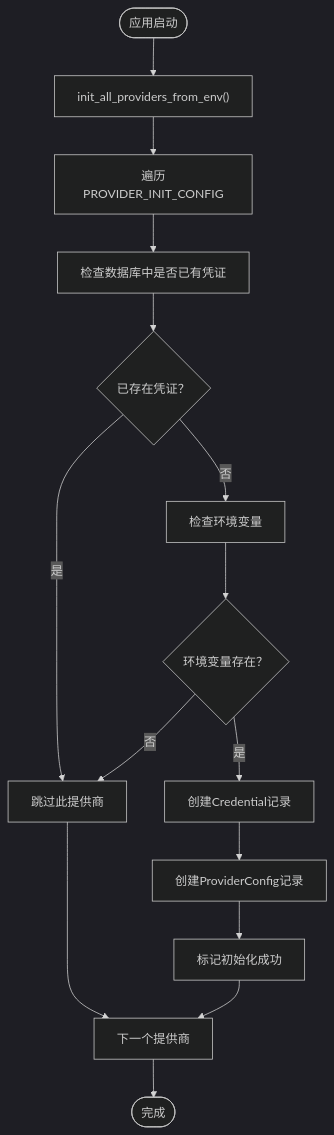
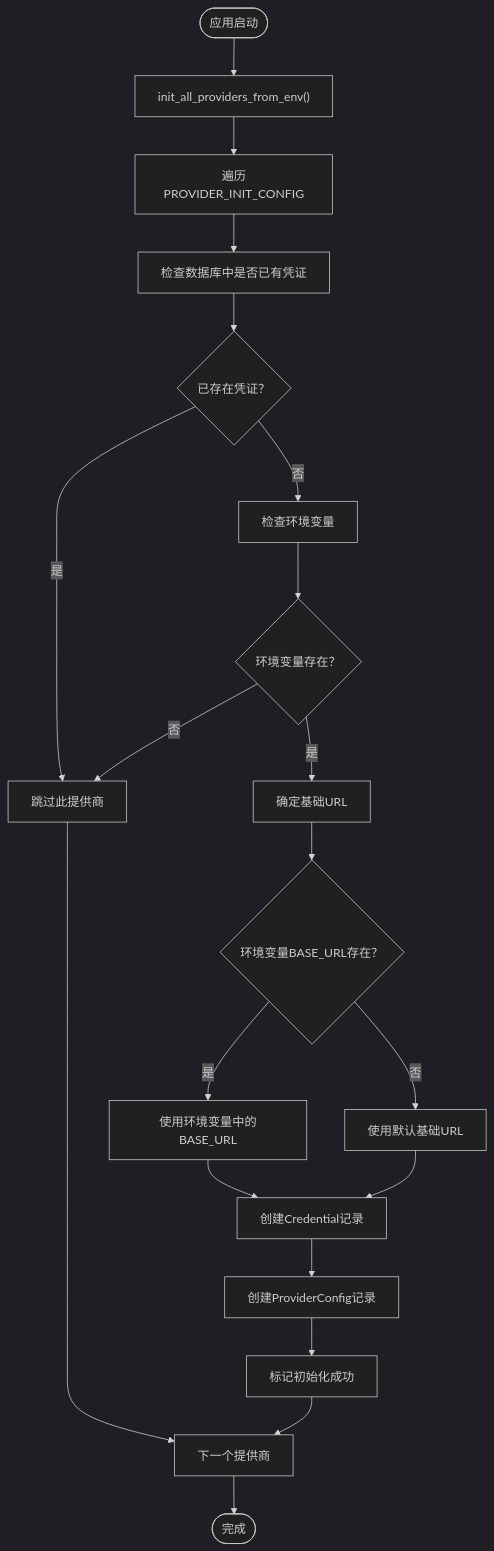
One commit to jackeyunjie/open-notebook changed the fourth of 8 diagrams in .qoder/repowiki/zh/content/配置管理/AI提供商配置/AI提供商配置.md. Above: the diagram before and after it, drawn with Mermaid (dark theme). The commit also changed other lines of this file and 89 other files, not shown here.

````diff
--- a/.qoder/repowiki/zh/content/配置管理/AI提供商配置/AI提供商配置.md
+++ b/.qoder/repowiki/zh/content/配置管理/AI提供商配置/AI提供商配置.md
@@ -223,17 +223,22 @@
 ```mermaid
 flowchart TD
 Start(["应用启动"]) --> InitEnv["init_all_providers_from_env()"]
 InitEnv --> ForEach["遍历PROVIDER_INIT_CONFIG"]
 ForEach --> CheckDB["检查数据库中是否已有凭证"]
 CheckDB --> HasCred{"已存在凭证？"}
 HasCred --> |是| Skip["跳过此提供商"]
 HasCred --> |否| CheckEnv["检查环境变量"]
 CheckEnv --> HasKey{"环境变量存在？"}
 HasKey --> |否| Skip
-HasKey --> |是| CreateCred["创建Credential记录"]
+HasKey --> |是| DetermineBaseUrl["确定基础URL"]
+DetermineBaseUrl --> UseEnv{"环境变量BASE_URL存在？"}
+UseEnv --> |是| UseEnvUrl["使用环境变量中的BASE_URL"]
+UseEnv --> |否| UseDefault["使用默认基础URL"]
+UseEnvUrl --> CreateCred["创建Credential记录"]
+UseDefault --> CreateCred
 CreateCred --> CreateProvCfg["创建ProviderConfig记录"]
 CreateProvCfg --> Success["标记初始化成功"]
 Skip --> Next["下一个提供商"]
 Success --> Next
 Next --> End(["完成"])
 ```
````
